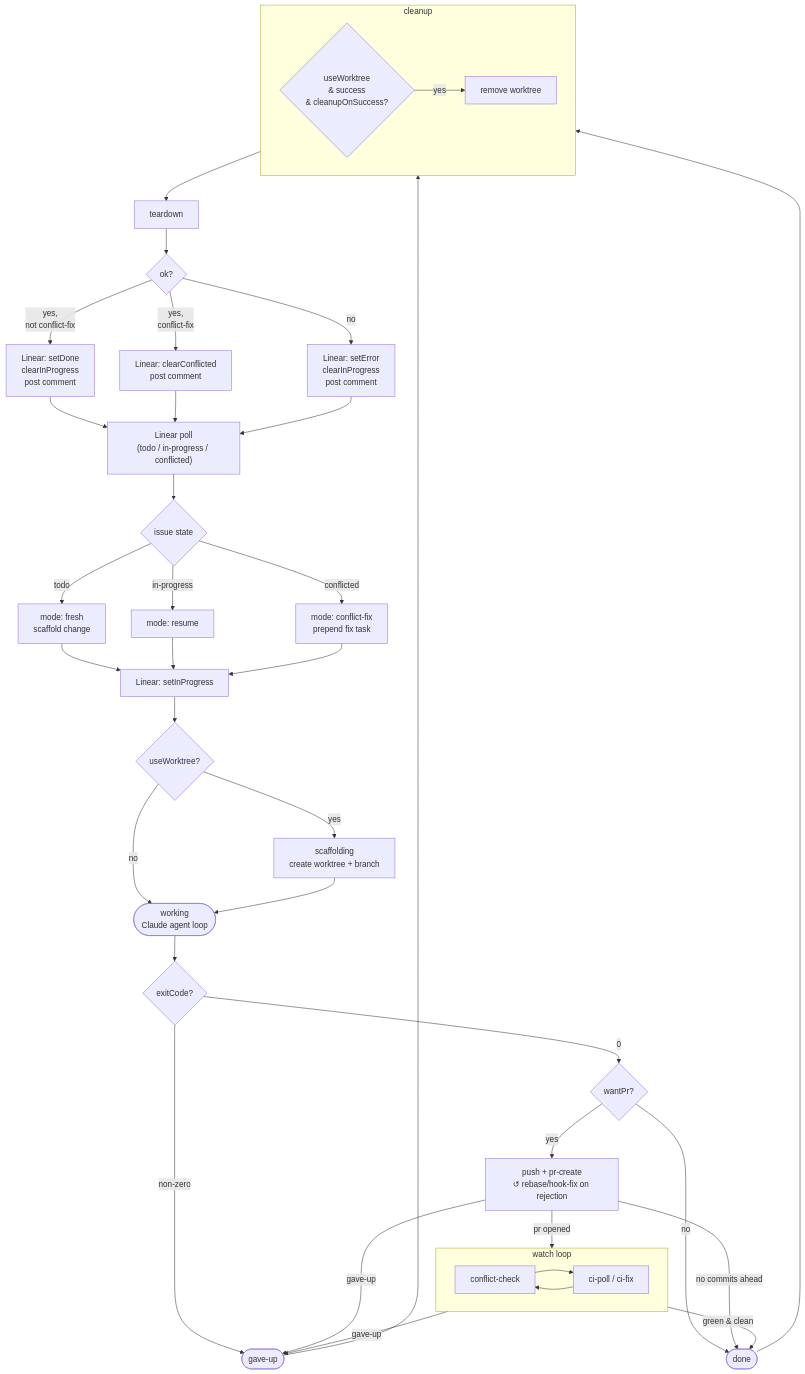
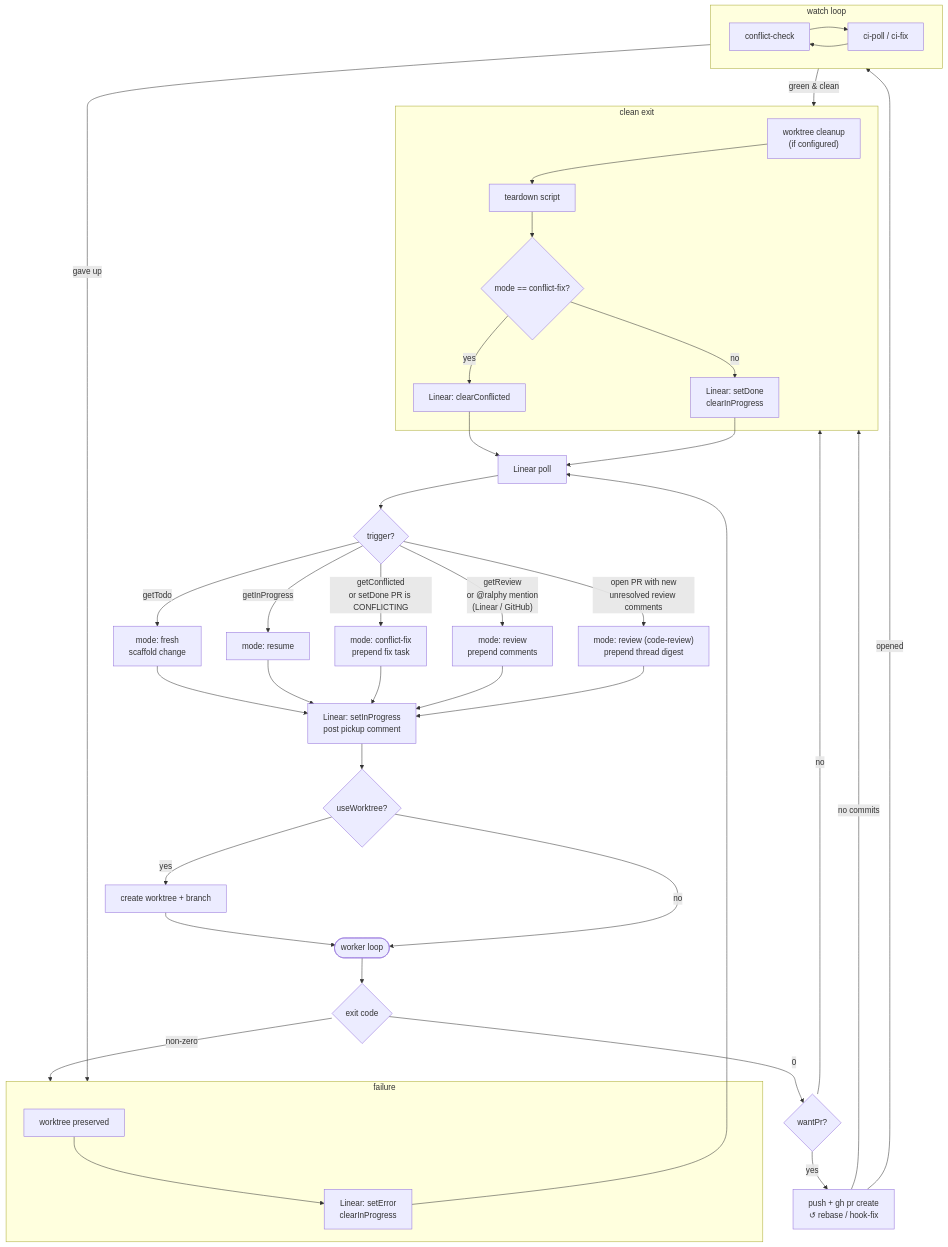
Before and after one commit to rosneri/ralphy: the second of 2 diagrams in README.md, drawn with Mermaid. The commit also changed other lines of this file, not shown here.

````diff
--- a/README.md
+++ b/README.md
@@ -28,54 +98,40 @@
 ```mermaid
 flowchart TD
-    LINEAR_POLL["Linear poll\n(todo / in-progress / conflicted)"]
+    POLL["Linear poll"] --> SCAN{trigger?}
+    SCAN -- "getTodo" --> FRESH["mode: fresh\nscaffold change"]
+    SCAN -- "getInProgress" --> RESUME["mode: resume"]
+    SCAN -- "getConflicted\nor setDone PR is CONFLICTING" --> CFX["mode: conflict-fix\nprepend fix task"]
+    SCAN -- "getReview\nor @ralphy mention\n(Linear / GitHub)" --> REV["mode: review\nprepend comments"]
+    SCAN -- "open PR with new\nunresolved review comments" --> CR["mode: review (code-review)\nprepend thread digest"]
 
-    LINEAR_POLL --> ISSUE_STATE{issue state}
-    ISSUE_STATE -- todo --> MODE_FRESH[mode: fresh\nscaffold change]
-    ISSUE_STATE -- in-progress --> MODE_RESUME[mode: resume]
-    ISSUE_STATE -- conflicted --> MODE_CONFLICT_FIX[mode: conflict-fix\nprepend fix task]
+    FRESH & RESUME & CFX & REV & CR --> IN_PROG["Linear: setInProgress\npost pickup comment"]
+    IN_PROG --> WT{useWorktree?}
+    WT -- yes --> SCAFFOLD["create worktree + branch"] --> WORKER([worker loop])
+    WT -- no --> WORKER
 
-    MODE_FRESH & MODE_RESUME & MODE_CONFLICT_FIX --> SET_IN_PROGRESS[Linear: setInProgress]
-    SET_IN_PROGRESS --> USE_WORKTREE{useWorktree?}
-    USE_WORKTREE -- yes --> SCAFFOLD[scaffolding\ncreate worktree + branch]
-    USE_WORKTREE -- no --> WORKER
-    SCAFFOLD --> WORKER([working\nClaude agent loop])
+    WORKER --> EXIT{exit code}
+    EXIT -- non-zero --> ERR_FLOW
+    EXIT -- 0 --> WANT_PR{wantPr?}
+    WANT_PR -- no --> DONE_FLOW
+    WANT_PR -- yes --> PR["push + gh pr create\n↺ rebase / hook-fix"]
+    PR -- "no commits" --> DONE_FLOW
+    PR -- "opened" --> WATCH
 
-    WORKER --> EXIT_CODE{exitCode?}
-    EXIT_CODE -- "non-zero" --> GAVE_UP
-    EXIT_CODE -- "0" --> WANT_PR{wantPr?}
+    subgraph WATCH["watch loop"]
+        direction LR
+        WATCH_CHECK["conflict-check"] --> WATCH_CI["ci-poll / ci-fix"]
+        WATCH_CI --> WATCH_CHECK
+    end
+    WATCH -- "green & clean" --> DONE_FLOW
+    WATCH -- "gave up" --> ERR_FLOW
 
-    WANT_PR -- no --> DONE
-    WANT_PR -- yes --> PUSH_AND_CREATE_PR["push + pr-create\n↺ rebase/hook-fix on rejection"]
-
-    PUSH_AND_CREATE_PR -- gave-up --> GAVE_UP
-    PUSH_AND_CREATE_PR -- no commits ahead --> DONE
-
-    PUSH_AND_CREATE_PR -- pr opened --> WATCH_LOOP
-
-    subgraph WATCH_LOOP["watch loop"]
-        direction LR
-        CONFLICT_CHECK[conflict-check] --> CI_POLL[ci-poll / ci-fix]
-        CI_POLL --> CONFLICT_CHECK
+    subgraph DONE_FLOW["clean exit"]
+        D1["worktree cleanup\n(if configured)"] --> D2["teardown script"] --> D3{mode == conflict-fix?}
+        D3 -- yes --> D4["Linear: clearConflicted"]
+        D3 -- no --> D5["Linear: setDone\nclearInProgress"]
     end
-
-    WATCH_LOOP -- green & clean --> DONE
-    WATCH_LOOP -- gave-up --> GAVE_UP
-
-    DONE([done]) --> WORKTREE_CLEANUP
-    GAVE_UP([gave-up]) --> WORKTREE_CLEANUP
-
-    subgraph WORKTREE_CLEANUP["cleanup"]
-        direction LR
-        SHOULD_REMOVE_WORKTREE{useWorktree\n& success\n& cleanupOnSuccess?}
-        SHOULD_REMOVE_WORKTREE -- yes --> REMOVE_WORKTREE[remove worktree]
+    subgraph ERR_FLOW["failure"]
+        E1["worktree preserved"] --> E2["Linear: setError\nclearInProgress"]
     end
-
-    WORKTREE_CLEANUP --> TEARDOWN[teardown]
-    TEARDOWN --> OUTCOME{ok?}
-
-    OUTCOME -- "yes,\nnot conflict-fix" --> LINEAR_SET_DONE["Linear: setDone\nclearInProgress\npost comment"]
-    OUTCOME -- "yes,\nconflict-fix" --> LINEAR_CLEAR_CONFLICTED["Linear: clearConflicted\npost comment"]
-    OUTCOME -- no --> LINEAR_SET_ERROR["Linear: setError\nclearInProgress\npost comment"]
-
-    LINEAR_SET_DONE & LINEAR_CLEAR_CONFLICTED & LINEAR_SET_ERROR --> LINEAR_POLL
+    D4 & D5 & E2 --> POLL
 ```
````
